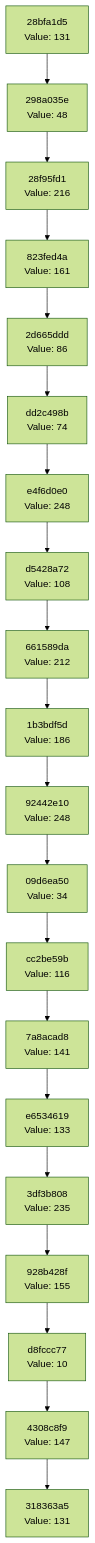
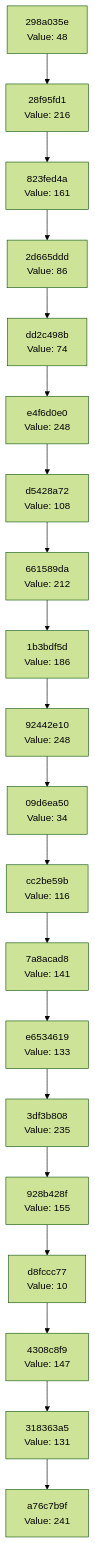
The diagram in docs/CHAIN_VISUALIZATION.md (Abhisheksinha1506/hash-chain-evolver), drawn with Mermaid (forest theme) before and after one commit. The commit also changed 1 other file, not shown here.

Commit message:
Evolution Step

````diff
--- a/docs/CHAIN_VISUALIZATION.md
+++ b/docs/CHAIN_VISUALIZATION.md
@@ -3,42 +3,42 @@
 ```mermaid
 graph TD
-    C0["318363a5<br/>Value: 131"]
-    C1["4308c8f9<br/>Value: 147"]
+    C0["a76c7b9f<br/>Value: 241"]
+    C1["318363a5<br/>Value: 131"]
     C1 --> C0
-    C2["d8fccc77<br/>Value: 10"]
+    C2["4308c8f9<br/>Value: 147"]
     C2 --> C1
-    C3["928b428f<br/>Value: 155"]
+    C3["d8fccc77<br/>Value: 10"]
     C3 --> C2
-    C4["3df3b808<br/>Value: 235"]
+    C4["928b428f<br/>Value: 155"]
     C4 --> C3
-    C5["e6534619<br/>Value: 133"]
+    C5["3df3b808<br/>Value: 235"]
     C5 --> C4
-    C6["7a8acad8<br/>Value: 141"]
+    C6["e6534619<br/>Value: 133"]
     C6 --> C5
-    C7["cc2be59b<br/>Value: 116"]
+    C7["7a8acad8<br/>Value: 141"]
     C7 --> C6
-    C8["09d6ea50<br/>Value: 34"]
+    C8["cc2be59b<br/>Value: 116"]
     C8 --> C7
-    C9["92442e10<br/>Value: 248"]
+    C9["09d6ea50<br/>Value: 34"]
     C9 --> C8
-    C10["1b3bdf5d<br/>Value: 186"]
+    C10["92442e10<br/>Value: 248"]
     C10 --> C9
-    C11["661589da<br/>Value: 212"]
+    C11["1b3bdf5d<br/>Value: 186"]
     C11 --> C10
-    C12["d5428a72<br/>Value: 108"]
+    C12["661589da<br/>Value: 212"]
     C12 --> C11
-    C13["e4f6d0e0<br/>Value: 248"]
+    C13["d5428a72<br/>Value: 108"]
     C13 --> C12
-    C14["dd2c498b<br/>Value: 74"]
+    C14["e4f6d0e0<br/>Value: 248"]
     C14 --> C13
-    C15["2d665ddd<br/>Value: 86"]
+    C15["dd2c498b<br/>Value: 74"]
     C15 --> C14
-    C16["823fed4a<br/>Value: 161"]
+    C16["2d665ddd<br/>Value: 86"]
     C16 --> C15
-    C17["28f95fd1<br/>Value: 216"]
+    C17["823fed4a<br/>Value: 161"]
     C17 --> C16
-    C18["298a035e<br/>Value: 48"]
+    C18["28f95fd1<br/>Value: 216"]
     C18 --> C17
-    C19["28bfa1d5<br/>Value: 131"]
+    C19["298a035e<br/>Value: 48"]
     C19 --> C18
 ```
````
